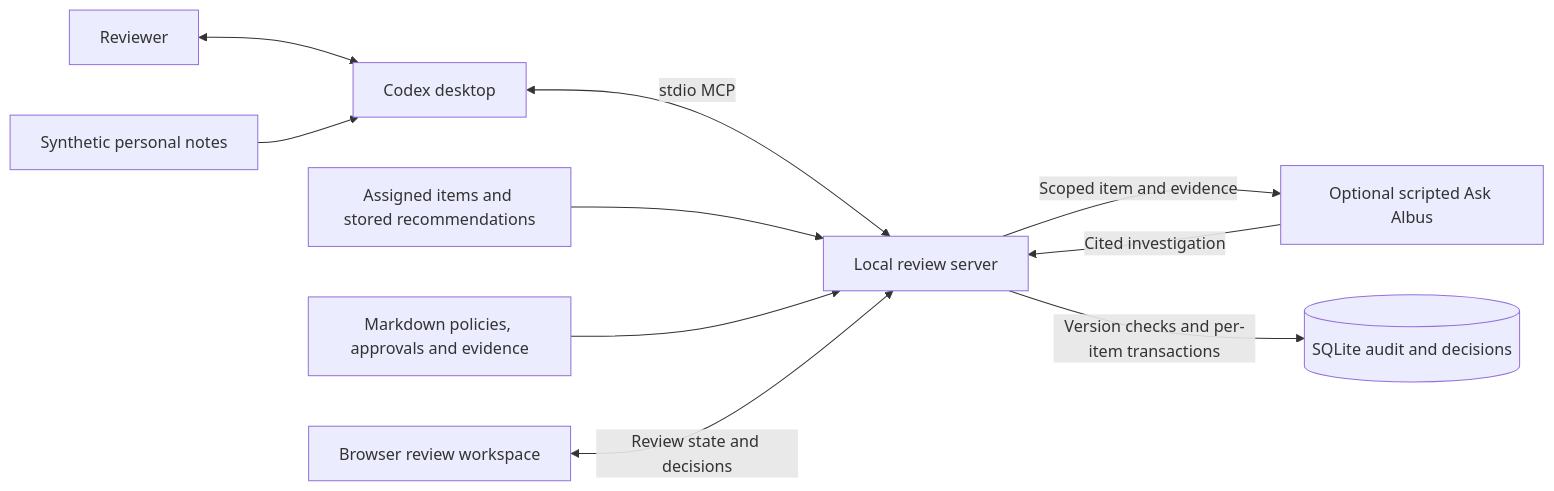
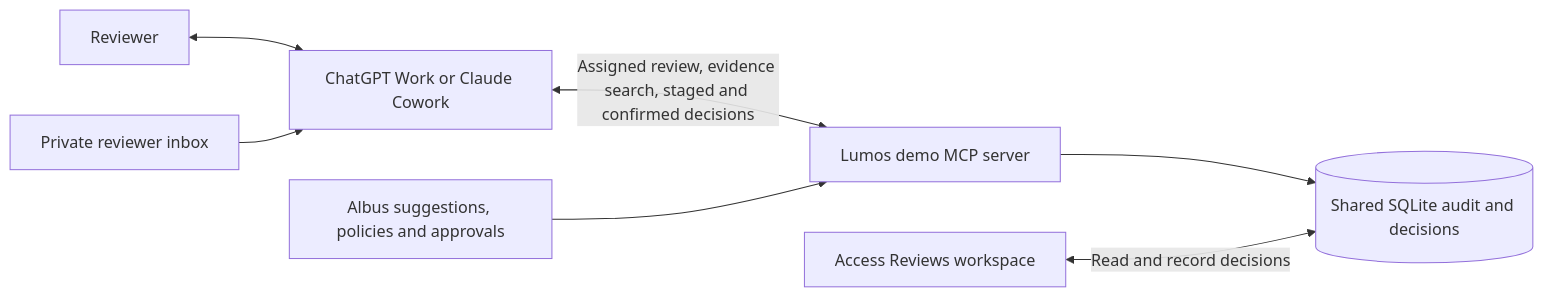
One commit to BlakeB-PM/lumos-review-demo changed the first of 2 diagrams in docs/diagrams.md. Above: the diagram before and after it, drawn with Mermaid. The commit also changed other lines of this file and 16 other files, not shown here.

Commit message:
Add personal-context reviewer workflow for Work and Cowork

```diff
--- a/docs/diagrams.md
+++ b/docs/diagrams.md
@@ -3,12 +3,9 @@
 ~~~mermaid
 flowchart LR
-    H[Reviewer] <--> C[Codex desktop]
-    P[Synthetic personal notes] --> C
-    C <-->|stdio MCP| S[Local review server]
-    F[Assigned items and stored recommendations] --> S
-    K[Markdown policies, approvals and evidence] --> S
-    S -->|Scoped item and evidence| A[Optional scripted Ask Albus]
-    A -->|Cited investigation| S
-    S -->|Version checks and per-item transactions| D[(SQLite audit and decisions)]
-    R[Browser review workspace] <-->|Review state and decisions| S
+    H[Reviewer] <--> C[ChatGPT Work or Claude Cowork]
+    P[Private reviewer inbox] --> C
+    C <-->|Assigned review, evidence search, staged and confirmed decisions| S[Lumos demo MCP server]
+    F[Albus suggestions, policies and approvals] --> S
+    S --> D[(Shared SQLite audit and decisions)]
+    R[Access Reviews workspace] <-->|Read and record decisions| D
 ~~~
```
